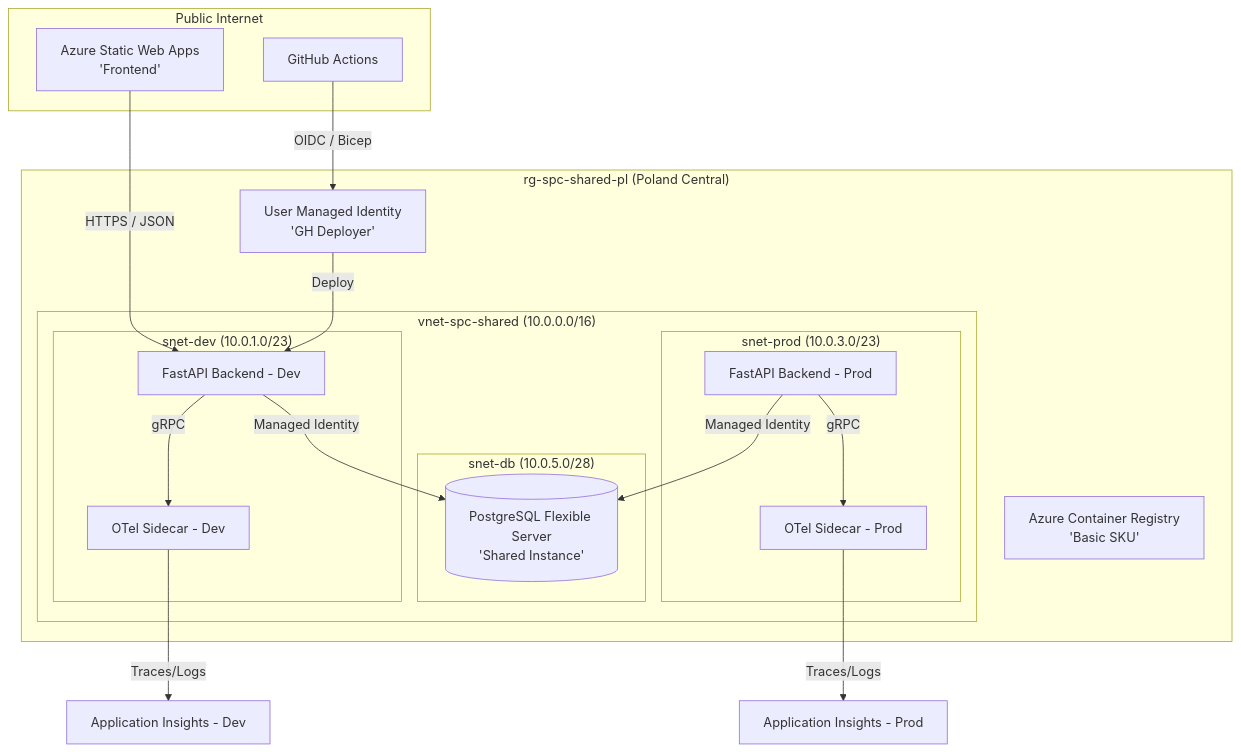
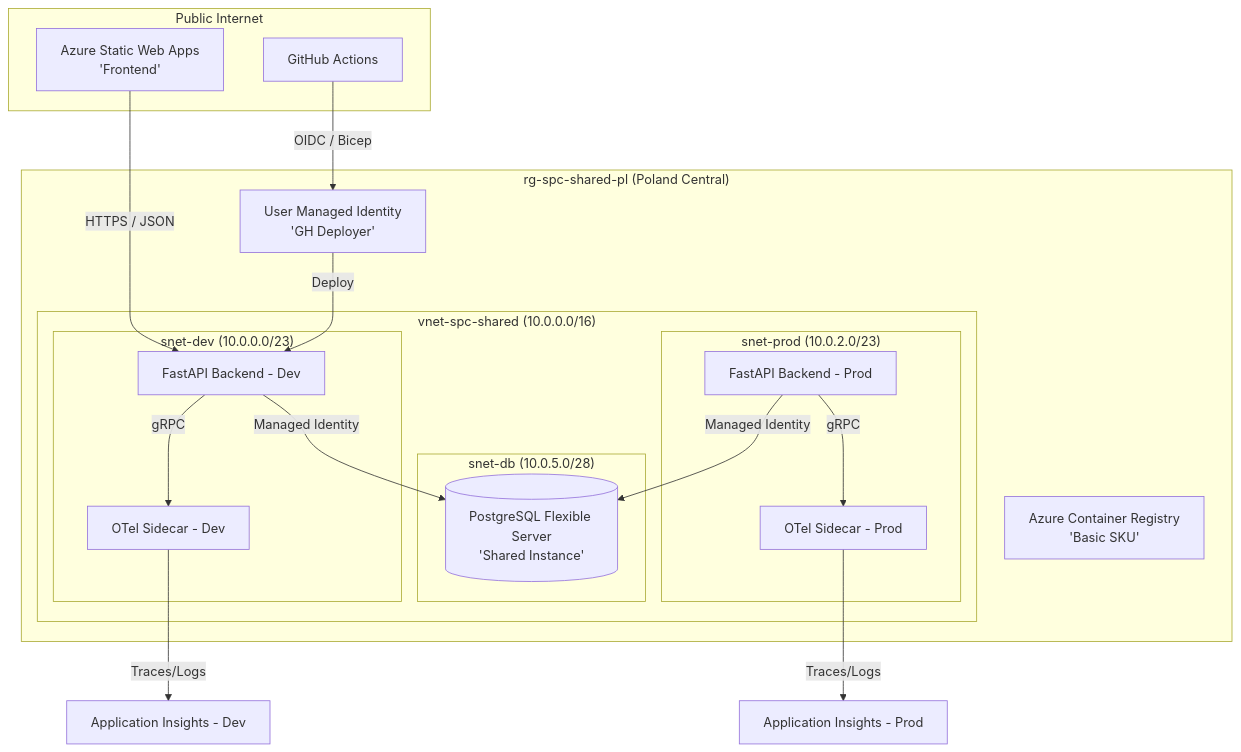
One commit to ljezek/tul-psi changed the fourth of 8 diagrams in docs/DESIGN.md. Above: the diagram before and after it, drawn with Mermaid. The commit also changed 6 other files, not shown here.

````diff
--- a/docs/DESIGN.md
+++ b/docs/DESIGN.md
@@ -384,38 +384,37 @@
 ```mermaid
 graph TB
     subgraph "Public Internet"
         SWA[Azure Static Web Apps<br/>'Frontend']
         GH[GitHub Actions]
     end
 
     subgraph "rg-spc-shared-pl (Poland Central)"
         ACR[Azure Container Registry<br/>'Basic SKU']
         UAMI[User Managed Identity<br/>'GH Deployer']
         
         subgraph "vnet-spc-shared (10.0.0.0/16)"
             subgraph "snet-db (10.0.5.0/28)"
                 DB[(PostgreSQL Flexible Server<br/>'Shared Instance')]
             end
-            
-            subgraph "snet-dev (10.0.1.0/23)"
+
+            subgraph "snet-dev (10.0.0.0/23)"
                 ACA_DEV[FastAPI Backend - Dev]
                 OTEL_DEV[OTel Sidecar - Dev]
             end
 
-            subgraph "snet-prod (10.0.3.0/23)"
+            subgraph "snet-prod (10.0.2.0/23)"
                 ACA_PROD[FastAPI Backend - Prod]
                 OTEL_PROD[OTel Sidecar - Prod]
             end
-        end
-    end
+        end    end
 
     SWA -- "HTTPS / JSON" --> ACA_DEV
     GH -- "OIDC / Bicep" --> UAMI
     UAMI -- "Deploy" --> ACA_DEV
     ACA_DEV -- "Managed Identity" --> DB
     ACA_DEV -- "gRPC" --> OTEL_DEV
     OTEL_DEV -- "Traces/Logs" --> AI_DEV[Application Insights - Dev]
     ACA_PROD -- "Managed Identity" --> DB
     ACA_PROD -- "gRPC" --> OTEL_PROD
     OTEL_PROD -- "Traces/Logs" --> AI_PROD[Application Insights - Prod]
 ```
````
